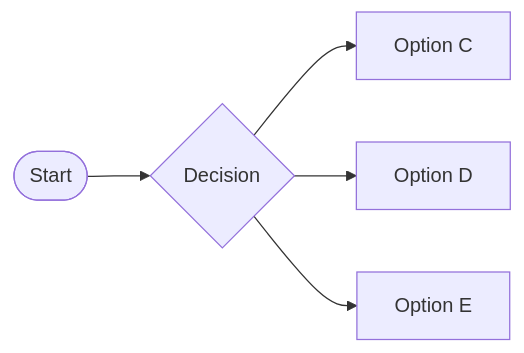
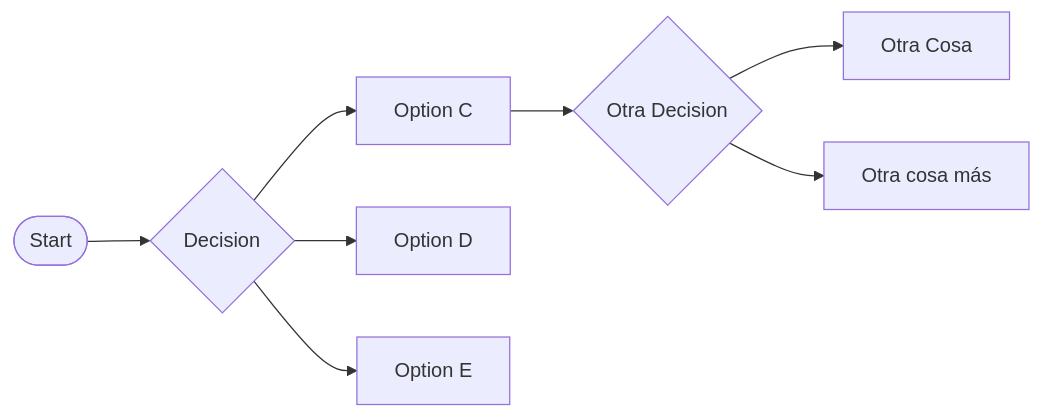
One commit to jarriagadac/tds2025-markdown changed the diagram in MERMAID.md. Above: the diagram before and after it, drawn with Mermaid.

Commit message:
Enhance flowchart in MERMAID.md with additional decision paths and options

````diff
--- a/MERMAID.md
+++ b/MERMAID.md
@@ -5,8 +5,11 @@
 ```mermaid
 flowchart LR
     A(["Start"])
     A --> B{"Decision"}
     B --> C["Option C"]
     B --> D["Option D"]
     B --> E["Option E"]
+    C --> F{"Otra Decision"}
+    F --> G[Otra Cosa]
+    F --> H[Otra cosa más]
 ```
````
